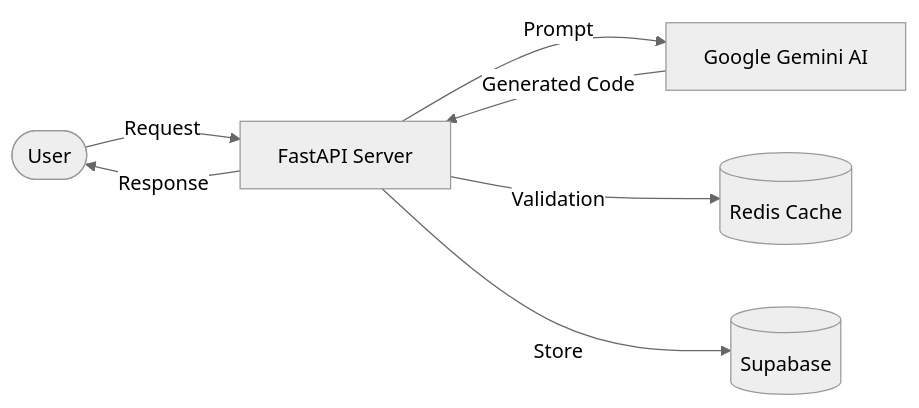
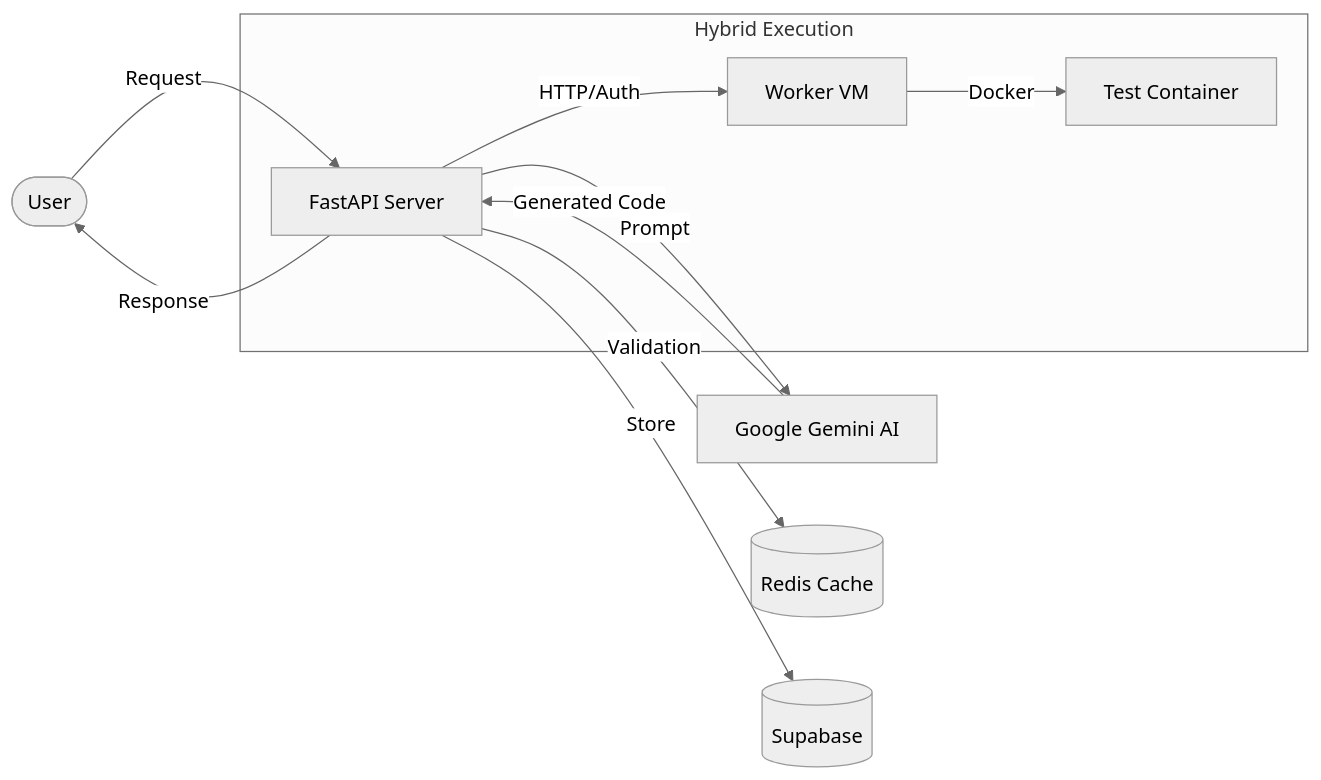
The diagram in README.md (SJ-Son/TESTER), drawn with Mermaid (neutral theme) before and after one commit. The commit also changed other lines of this file and 4 other files, not shown here.

````diff
--- a/README.md
+++ b/README.md
@@ -32,9 +45,14 @@
 ```mermaid
 graph LR
     User([User]) -->|Request| Server[FastAPI Server]
     Server -->|Prompt| LLM[Google Gemini AI]
     LLM -->|Generated Code| Server
     Server -->|Validation| Cache[(Redis Cache)]
     Server -->|Store| DB[(Supabase)]
     Server -->|Response| User
+    
+    subgraph "Hybrid Execution"
+    Server -->|HTTP/Auth| Worker[Worker VM]
+    Worker -->|Docker| Sandbox[Test Container]
+    end
 ```
````
